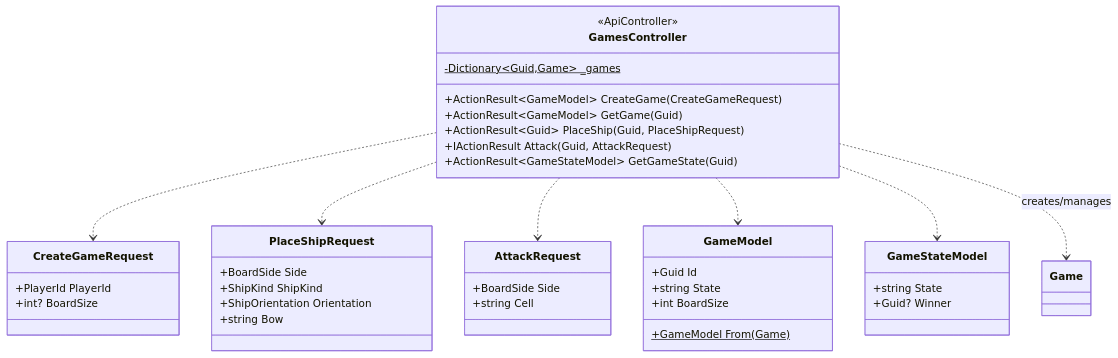
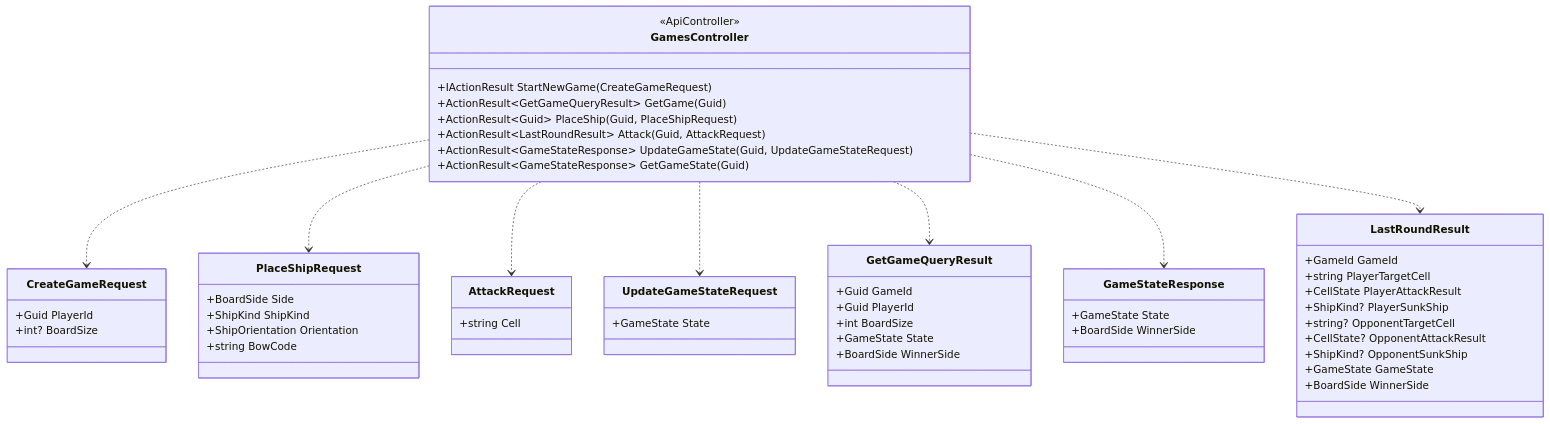
Before and after one commit to wahidshalaly/battleship-game: the third of 3 diagrams in docs/design.md, drawn with Mermaid. The commit also changed other lines of this file and 2 other files, not shown here.

Commit message:
Fix outdated documentation

````diff
--- a/docs/design.md
+++ b/docs/design.md
@@ -253,50 +254,67 @@
 ```mermaid
 classDiagram
     %% Controllers
     class GamesController {
         <<ApiController>>
-        -Dictionary~Guid,Game~ _games$
-        +ActionResult~GameModel~ CreateGame(CreateGameRequest)
-        +ActionResult~GameModel~ GetGame(Guid)
+        +IActionResult StartNewGame(CreateGameRequest)
+        +ActionResult~GetGameQueryResult~ GetGame(Guid)
         +ActionResult~Guid~ PlaceShip(Guid, PlaceShipRequest)
-        +IActionResult Attack(Guid, AttackRequest)
-        +ActionResult~GameStateModel~ GetGameState(Guid)
+        +ActionResult~LastRoundResult~ Attack(Guid, AttackRequest)
+        +ActionResult~GameStateResponse~ UpdateGameState(Guid, UpdateGameStateRequest)
+        +ActionResult~GameStateResponse~ GetGameState(Guid)
     }
 
     %% DTOs and Models
     class CreateGameRequest {
-        +PlayerId PlayerId
+        +Guid PlayerId
         +int? BoardSize
     }
 
     class PlaceShipRequest {
         +BoardSide Side
         +ShipKind ShipKind
         +ShipOrientation Orientation
-        +string Bow
+        +string BowCode
     }
 
     class AttackRequest {
-        +BoardSide Side
         +string Cell
     }
 
-    class GameModel {
-        +Guid Id
-        +string State
-        +int BoardSize
-        +GameModel From(Game)$
+    class UpdateGameStateRequest {
+        +GameState State
     }
 
-    class GameStateModel {
-        +string State
-        +Guid? Winner
+    class GetGameQueryResult {
+        +Guid GameId
+        +Guid PlayerId
+        +int BoardSize
+        +GameState State
+        +BoardSide WinnerSide
+    }
+
+    class GameStateResponse {
+        +GameState State
+        +BoardSide WinnerSide
+    }
+
+    class LastRoundResult {
+        +GameId GameId
+        +string PlayerTargetCell
+        +CellState PlayerAttackResult
+        +ShipKind? PlayerSunkShip
+        +string? OpponentTargetCell
+        +CellState? OpponentAttackResult
+        +ShipKind? OpponentSunkShip
+        +GameState GameState
+        +BoardSide WinnerSide
     }
 
     GamesController ..> CreateGameRequest
     GamesController ..> PlaceShipRequest
     GamesController ..> AttackRequest
-    GamesController ..> GameModel
-    GamesController ..> GameStateModel
-    GamesController ..> Game : creates/manages
+    GamesController ..> UpdateGameStateRequest
+    GamesController ..> GetGameQueryResult
+    GamesController ..> GameStateResponse
+    GamesController ..> LastRoundResult
 ```
````
